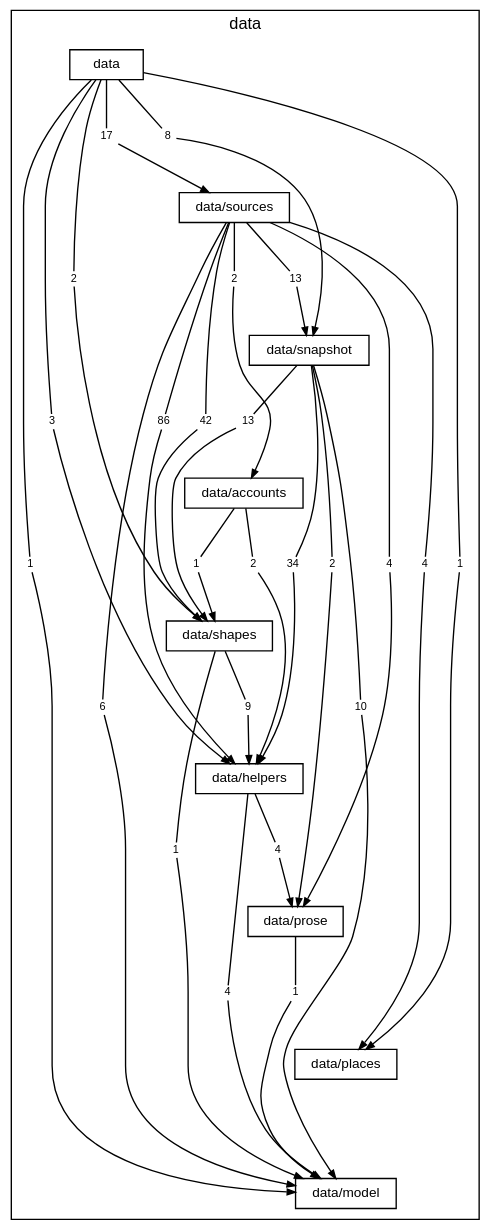
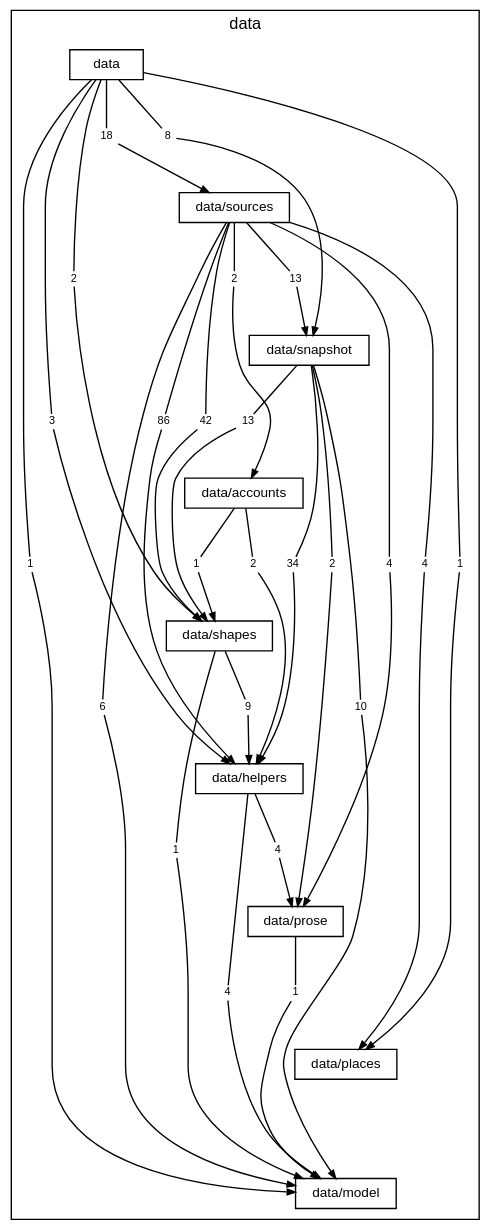
One commit to TheAxeC/oculus changed the diagram in docs/diagrams/layer-data.dot. Above: the diagram before and after it, drawn with Graphviz. The commit also changed 14 other files, not shown here.

```diff
--- a/docs/diagrams/layer-data.dot
+++ b/docs/diagrams/layer-data.dot
@@ -1,97 +1,97 @@
 digraph layer_data {
     graph [bgcolor="transparent", rankdir=TB, newrank=true, mclimit=4, fontname="Helvetica", fontsize=12, nodesep=0.2, ranksep=0.5];
     node [shape=box, color="black", fontcolor="black", fontname="Helvetica", fontsize=10, height=0.3, margin="0.12,0.04"];
     edge [color="black", fontcolor="black", fontname="Helvetica", fontsize=8, arrowsize=0.6];
     subgraph "cluster_data" {
         label="data"; style=solid;
         "folder data" [label="data"];
         "folder data/sources" [label="data/sources"];
         "folder data/snapshot" [label="data/snapshot"];
         "folder data/accounts" [label="data/accounts"];
         "folder data/shapes" [label="data/shapes"];
         "folder data/helpers" [label="data/helpers"];
         "folder data/prose" [label="data/prose"];
         "folder data/places" [label="data/places"];
         "folder data/model" [label="data/model"];
         "folder data to folder data/helpers" [label="3", shape=box, color="transparent", fontsize=8, width=0, height=0, margin="0.04,0.02"];
         "folder data to folder data/model" [label="1", shape=box, color="transparent", fontsize=8, width=0, height=0, margin="0.04,0.02"];
         "folder data to folder data/places" [label="1", shape=box, color="transparent", fontsize=8, width=0, height=0, margin="0.04,0.02"];
         "folder data to folder data/shapes" [label="2", shape=box, color="transparent", fontsize=8, width=0, height=0, margin="0.04,0.02"];
         "folder data to folder data/snapshot" [label="8", shape=box, color="transparent", fontsize=8, width=0, height=0, margin="0.04,0.02"];
-        "folder data to folder data/sources" [label="17", shape=box, color="transparent", fontsize=8, width=0, height=0, margin="0.04,0.02"];
+        "folder data to folder data/sources" [label="18", shape=box, color="transparent", fontsize=8, width=0, height=0, margin="0.04,0.02"];
         "folder data/sources to folder data/accounts" [label="2", shape=box, color="transparent", fontsize=8, width=0, height=0, margin="0.04,0.02"];
         "folder data/sources to folder data/helpers" [label="86", shape=box, color="transparent", fontsize=8, width=0, height=0, margin="0.04,0.02"];
         "folder data/sources to folder data/model" [label="6", shape=box, color="transparent", fontsize=8, width=0, height=0, margin="0.04,0.02"];
         "folder data/sources to folder data/places" [label="4", shape=box, color="transparent", fontsize=8, width=0, height=0, margin="0.04,0.02"];
         "folder data/sources to folder data/prose" [label="4", shape=box, color="transparent", fontsize=8, width=0, height=0, margin="0.04,0.02"];
         "folder data/sources to folder data/shapes" [label="42", shape=box, color="transparent", fontsize=8, width=0, height=0, margin="0.04,0.02"];
         "folder data/sources to folder data/snapshot" [label="13", shape=box, color="transparent", fontsize=8, width=0, height=0, margin="0.04,0.02"];
         "folder data/snapshot to folder data/helpers" [label="34", shape=box, color="transparent", fontsize=8, width=0, height=0, margin="0.04,0.02"];
         "folder data/snapshot to folder data/model" [label="10", shape=box, color="transparent", fontsize=8, width=0, height=0, margin="0.04,0.02"];
         "folder data/snapshot to folder data/prose" [label="2", shape=box, color="transparent", fontsize=8, width=0, height=0, margin="0.04,0.02"];
         "folder data/snapshot to folder data/shapes" [label="13", shape=box, color="transparent", fontsize=8, width=0, height=0, margin="0.04,0.02"];
         "folder data/accounts to folder data/helpers" [label="2", shape=box, color="transparent", fontsize=8, width=0, height=0, margin="0.04,0.02"];
         "folder data/accounts to folder data/shapes" [label="1", shape=box, color="transparent", fontsize=8, width=0, height=0, margin="0.04,0.02"];
         "folder data/shapes to folder data/helpers" [label="9", shape=box, color="transparent", fontsize=8, width=0, height=0, margin="0.04,0.02"];
         "folder data/shapes to folder data/model" [label="1", shape=box, color="transparent", fontsize=8, width=0, height=0, margin="0.04,0.02"];
         "folder data/helpers to folder data/model" [label="4", shape=box, color="transparent", fontsize=8, width=0, height=0, margin="0.04,0.02"];
         "folder data/helpers to folder data/prose" [label="4", shape=box, color="transparent", fontsize=8, width=0, height=0, margin="0.04,0.02"];
         "folder data/prose to folder data/model" [label="1", shape=box, color="transparent", fontsize=8, width=0, height=0, margin="0.04,0.02"];
     }
     "folder data" -> "folder data/sources" [style=invis, weight=10, minlen=2];
     "folder data/sources" -> "folder data/snapshot" [style=invis, weight=10, minlen=2];
     "folder data/snapshot" -> "folder data/accounts" [style=invis, weight=10, minlen=2];
     "folder data/accounts" -> "folder data/shapes" [style=invis, weight=10, minlen=2];
     "folder data/shapes" -> "folder data/helpers" [style=invis, weight=10, minlen=2];
     "folder data/helpers" -> "folder data/prose" [style=invis, weight=10, minlen=2];
     "folder data/prose" -> "folder data/places" [style=invis, weight=10, minlen=2];
     "folder data/places" -> "folder data/model" [style=invis, weight=10, minlen=2];
     "folder data" -> "folder data to folder data/helpers" [arrowhead=none, minlen=5, weight=10];
     "folder data to folder data/helpers" -> "folder data/helpers" [];
     "folder data" -> "folder data to folder data/model" [arrowhead=none, minlen=7, weight=10];
     "folder data to folder data/model" -> "folder data/model" [];
     "folder data" -> "folder data to folder data/places" [arrowhead=none, minlen=7, weight=10];
     "folder data to folder data/places" -> "folder data/places" [];
     "folder data" -> "folder data to folder data/shapes" [arrowhead=none, minlen=3, weight=10];
     "folder data to folder data/shapes" -> "folder data/shapes" [];
     "folder data" -> "folder data to folder data/snapshot" [arrowhead=none, minlen=1, weight=10];
     "folder data to folder data/snapshot" -> "folder data/snapshot" [];
     "folder data" -> "folder data to folder data/sources" [arrowhead=none, minlen=1, weight=10];
     "folder data to folder data/sources" -> "folder data/sources" [];
     "folder data/sources" -> "folder data/sources to folder data/accounts" [arrowhead=none, minlen=1, weight=10];
     "folder data/sources to folder data/accounts" -> "folder data/accounts" [];
     "folder data/sources" -> "folder data/sources to folder data/helpers" [arrowhead=none, minlen=3, weight=10];
     "folder data/sources to folder data/helpers" -> "folder data/helpers" [];
     "folder data/sources" -> "folder data/sources to folder data/model" [arrowhead=none, minlen=7, weight=10];
     "folder data/sources to folder data/model" -> "folder data/model" [];
     "folder data/sources" -> "folder data/sources to folder data/places" [arrowhead=none, minlen=5, weight=10];
     "folder data/sources to folder data/places" -> "folder data/places" [];
     "folder data/sources" -> "folder data/sources to folder data/prose" [arrowhead=none, minlen=5, weight=10];
     "folder data/sources to folder data/prose" -> "folder data/prose" [];
     "folder data/sources" -> "folder data/sources to folder data/shapes" [arrowhead=none, minlen=3, weight=10];
     "folder data/sources to folder data/shapes" -> "folder data/shapes" [];
     "folder data/sources" -> "folder data/sources to folder data/snapshot" [arrowhead=none, minlen=1, weight=10];
     "folder data/sources to folder data/snapshot" -> "folder data/snapshot" [];
     "folder data/snapshot" -> "folder data/snapshot to folder data/helpers" [arrowhead=none, minlen=3, weight=10];
     "folder data/snapshot to folder data/helpers" -> "folder data/helpers" [];
     "folder data/snapshot" -> "folder data/snapshot to folder data/model" [arrowhead=none, minlen=5, weight=10];
     "folder data/snapshot to folder data/model" -> "folder data/model" [];
     "folder data/snapshot" -> "folder data/snapshot to folder data/prose" [arrowhead=none, minlen=3, weight=10];
     "folder data/snapshot to folder data/prose" -> "folder data/prose" [];
     "folder data/snapshot" -> "folder data/snapshot to folder data/shapes" [arrowhead=none, minlen=1, weight=10];
     "folder data/snapshot to folder data/shapes" -> "folder data/shapes" [];
     "folder data/accounts" -> "folder data/accounts to folder data/helpers" [arrowhead=none, minlen=1, weight=10];
     "folder data/accounts to folder data/helpers" -> "folder data/helpers" [];
     "folder data/accounts" -> "folder data/accounts to folder data/shapes" [arrowhead=none, minlen=1, weight=10];
     "folder data/accounts to folder data/shapes" -> "folder data/shapes" [];
     "folder data/shapes" -> "folder data/shapes to folder data/helpers" [arrowhead=none, minlen=1, weight=10];
     "folder data/shapes to folder data/helpers" -> "folder data/helpers" [];
     "folder data/shapes" -> "folder data/shapes to folder data/model" [arrowhead=none, minlen=3, weight=10];
     "folder data/shapes to folder data/model" -> "folder data/model" [];
     "folder data/helpers" -> "folder data/helpers to folder data/model" [arrowhead=none, minlen=3, weight=10];
     "folder data/helpers to folder data/model" -> "folder data/model" [];
     "folder data/helpers" -> "folder data/helpers to folder data/prose" [arrowhead=none, minlen=1, weight=10];
     "folder data/helpers to folder data/prose" -> "folder data/prose" [];
     "folder data/prose" -> "folder data/prose to folder data/model" [arrowhead=none, minlen=1, weight=10];
     "folder data/prose to folder data/model" -> "folder data/model" [];
 }
```
